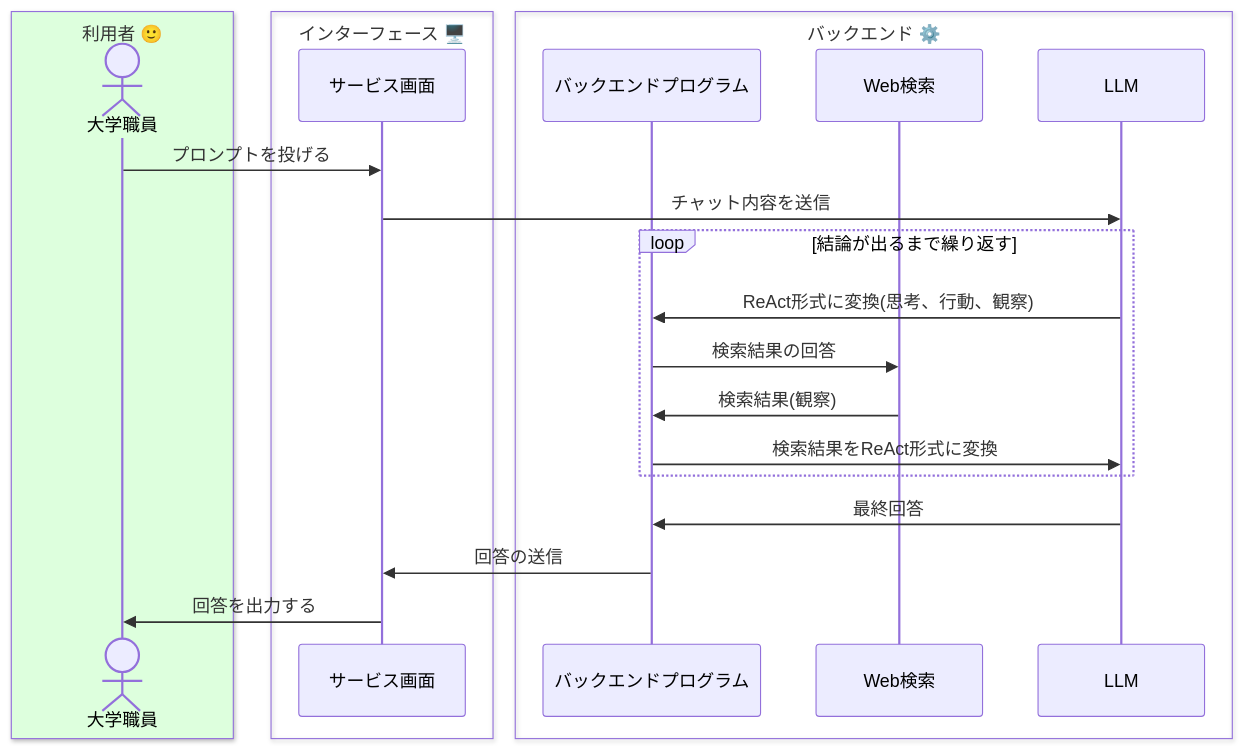
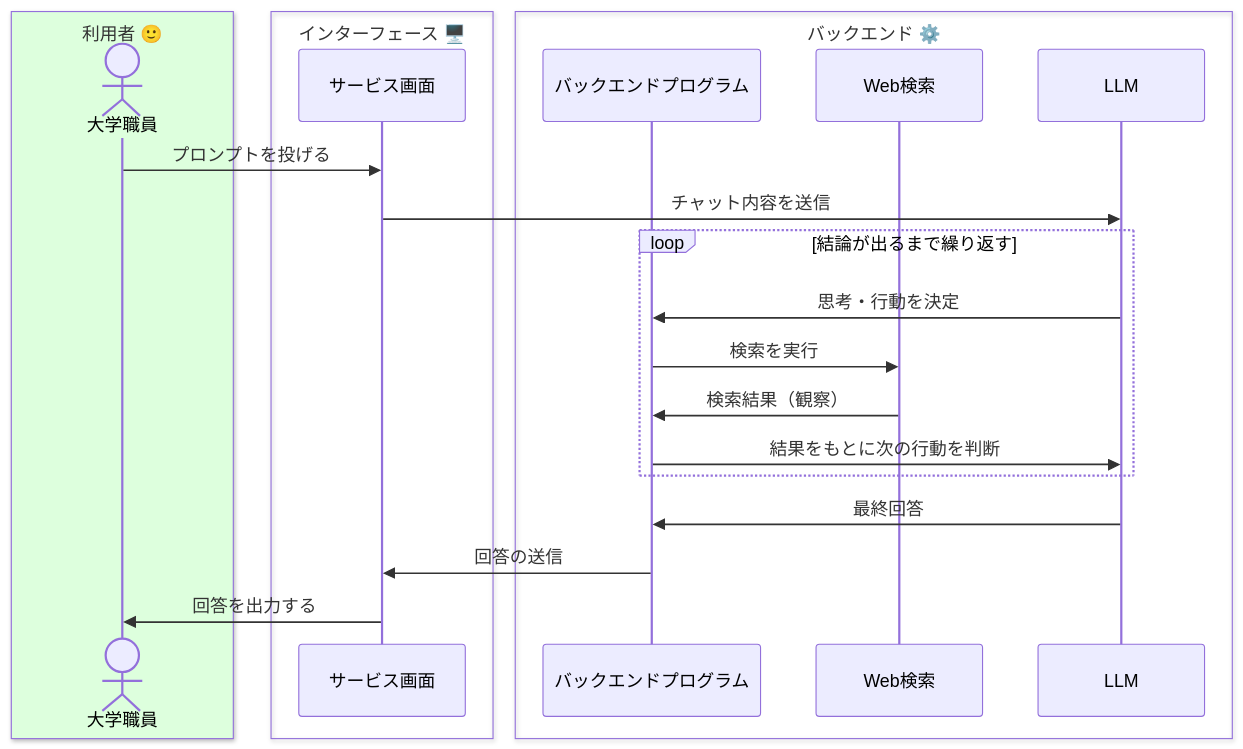
One commit to gmoriki/Prompt4Us changed the fourth of 6 diagrams in content/docs/essence/external-tools.md. Above: the diagram before and after it, drawn with Mermaid. The commit also changed other lines of this file and 26 other files, not shown here.

````diff
--- a/content/docs/essence/external-tools.md
+++ b/content/docs/essence/external-tools.md
@@ -122,25 +124,25 @@
 ```mermaid
     sequenceDiagram
     box rgb(221,255,221) 利用者 🙂
     actor 大学職員
     end
     box インターフェース 🖥️
     participant サービス画面
     end
     box バックエンド ⚙️
     participant バックエンドプログラム
     participant Web検索
     participant LLM
     end
     大学職員->>サービス画面: プロンプトを投げる
     サービス画面->>LLM: チャット内容を送信
     loop 結論が出るまで繰り返す
-    LLM->>バックエンドプログラム: ReAct形式に変換(思考、行動、観察)
-    バックエンドプログラム->>Web検索: 検索結果の回答
-    Web検索->>バックエンドプログラム: 検索結果(観察)
-    バックエンドプログラム->>LLM: 検索結果をReAct形式に変換
+    LLM->>バックエンドプログラム: 思考・行動を決定
+    バックエンドプログラム->>Web検索: 検索を実行
+    Web検索->>バックエンドプログラム: 検索結果（観察）
+    バックエンドプログラム->>LLM: 結果をもとに次の行動を判断
     end
     LLM->>バックエンドプログラム: 最終回答
     バックエンドプログラム->>サービス画面: 回答の送信
     サービス画面->>大学職員: 回答を出力する
 ```
````
